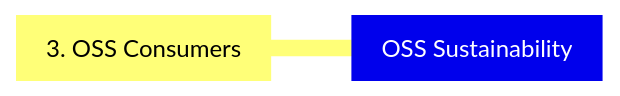
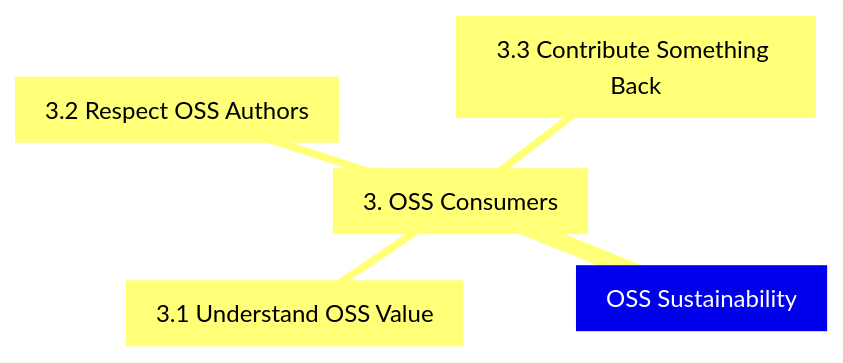
Before and after one commit to AWiderDotNET/home: the third of 7 diagrams in README.md, drawn with Mermaid. The commit also changed other lines of this file, not shown here.

````diff
--- a/README.md
+++ b/README.md
@@ -48,5 +50,8 @@
 ```mermaid
 mindmap
   root[OSS Sustainability]
     3[3. OSS Consumers]
+      3.1[3.1 Understand OSS Value]
+      3.2[3.2 Respect OSS Authors]
+      3.3[3.3 Contribute Something Back]
 ```
````
